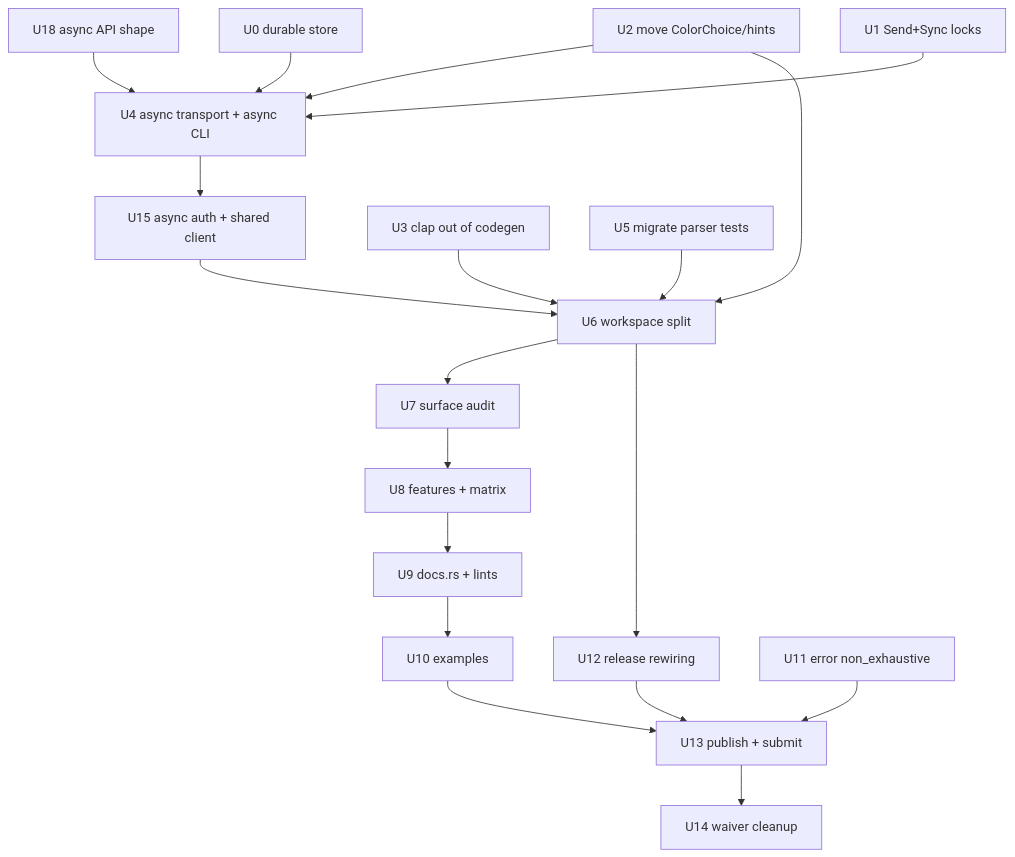
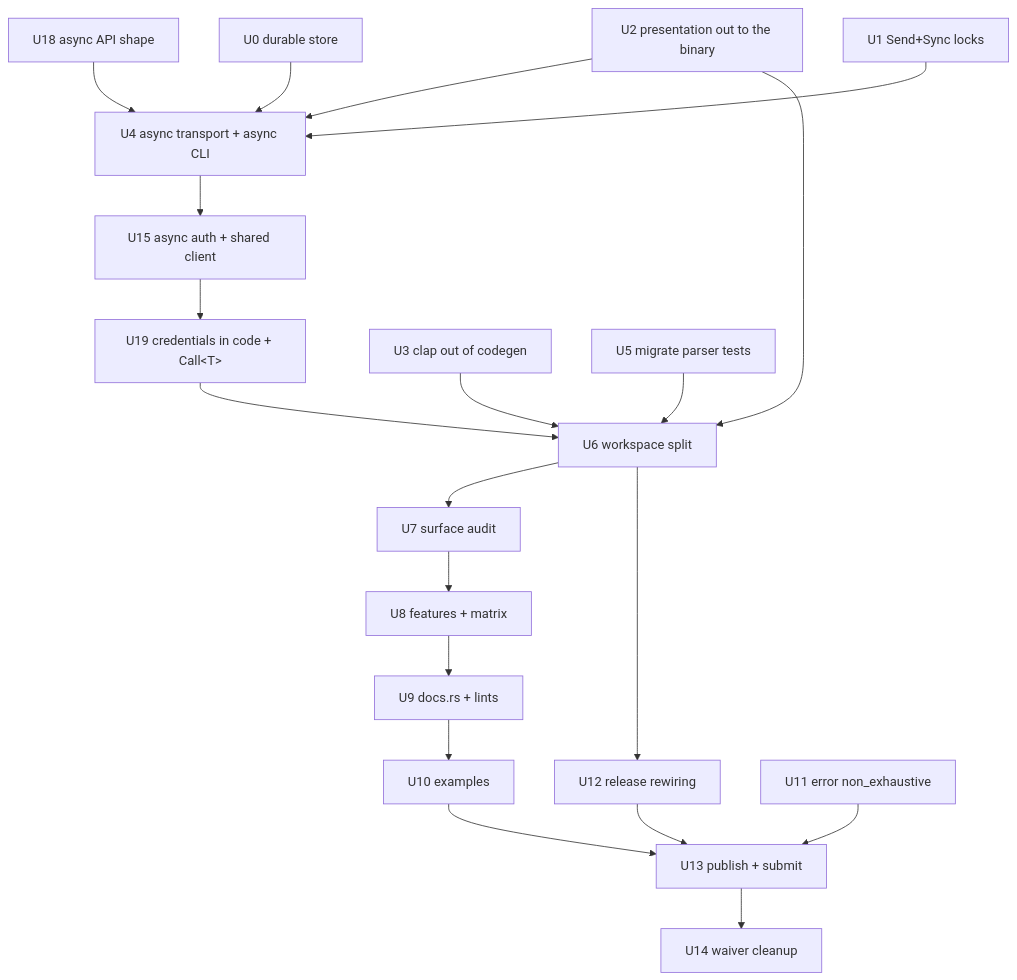
Before and after one commit to brettdavies/xurl-rs: the third of 3 diagrams in docs/plans/2026-09-15-2343-refactor-adoption-grade-crate-plan.md, drawn with Mermaid. The commit also changed other lines of this file, not shown here.

````diff
--- a/docs/plans/2026-09-15-2343-refactor-adoption-grade-crate-plan.md
+++ b/docs/plans/2026-09-15-2343-refactor-adoption-grade-crate-plan.md
@@ -355,22 +382,23 @@
 ```mermaid
 graph TD
     U18[U18 async API shape] --> U4
     U0[U0 durable store] --> U4
     U1[U1 Send+Sync locks] --> U4
-    U2[U2 move ColorChoice/hints] --> U4[U4 async transport + async CLI]
+    U2[U2 presentation out to the binary] --> U4[U4 async transport + async CLI]
     U4 --> U15[U15 async auth + shared client]
+    U15 --> U19[U19 credentials in code + Call&lt;T&gt;]
     U2 --> U6[U6 workspace split]
     U3[U3 clap out of codegen] --> U6
-    U15 --> U6
+    U19 --> U6
     U5[U5 migrate parser tests] --> U6
     U6 --> U7[U7 surface audit]
     U6 --> U12[U12 release rewiring]
     U7 --> U8[U8 features + matrix]
     U8 --> U9[U9 docs.rs + lints]
     U9 --> U10[U10 examples]
     U11[U11 error non_exhaustive]
     U10 --> U13[U13 publish + submit]
     U12 --> U13
     U11 --> U13
     U13 --> U14[U14 waiver cleanup]
 ```
````
